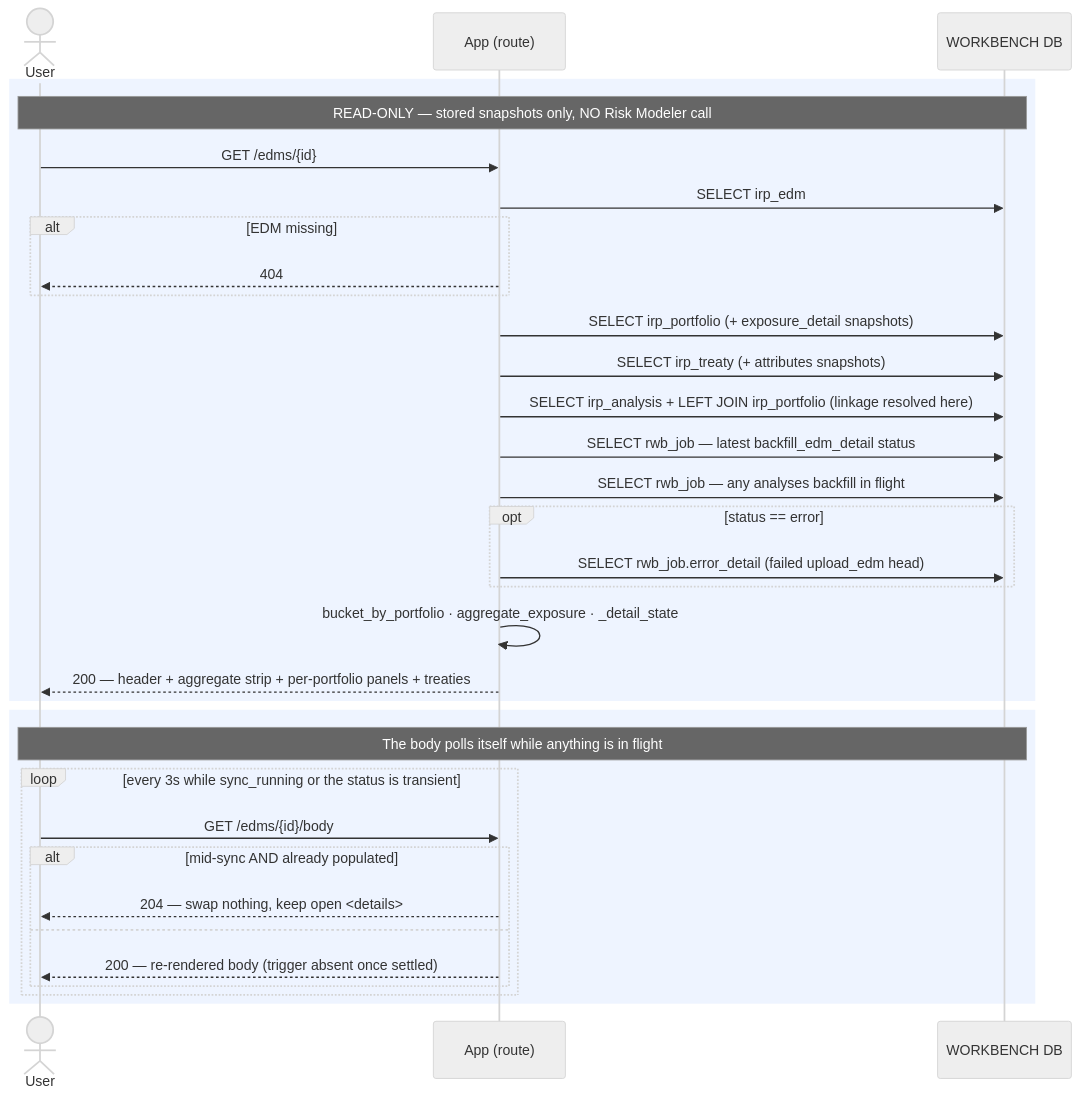
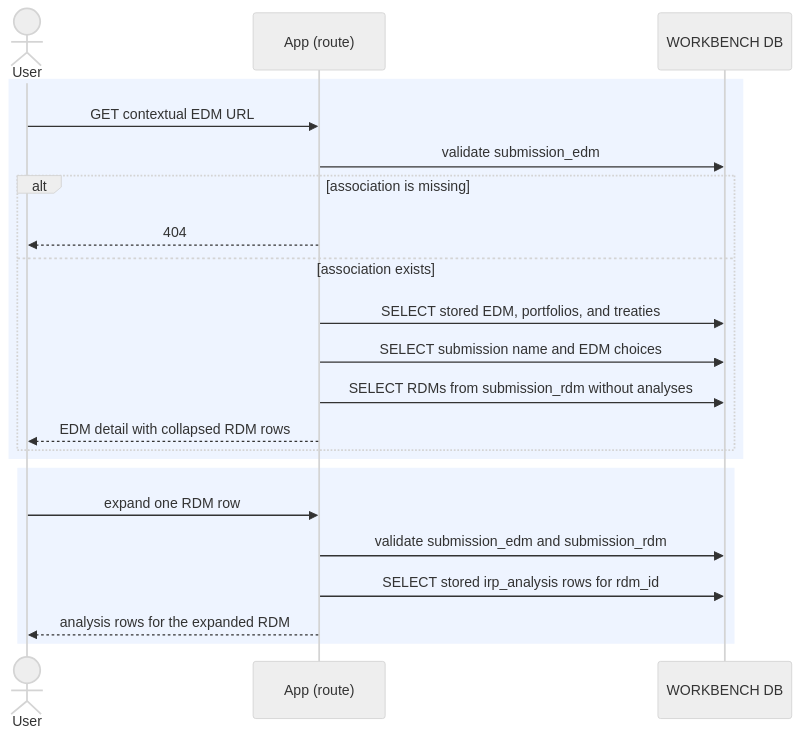
Before and after one commit to anilvenugopal/risk-workbench: the diagram in docs/sequence_diagrams/entities/view_edm_detail.md, drawn with Mermaid (neutral theme). The commit also changed other lines of this file and 22 other files, not shown here.

````diff
--- a/docs/sequence_diagrams/entities/view_edm_detail.md
+++ b/docs/sequence_diagrams/entities/view_edm_detail.md
@@ -68,37 +18,26 @@
 ```mermaid
 sequenceDiagram
     actor User
     participant App as App (route)
     participant DB as WORKBENCH DB
 
     rect rgb(238,244,255)
-        Note over User,DB: READ-ONLY — stored snapshots only, NO Risk Modeler call
-        User->>App: GET /edms/{id}
-        App->>DB: SELECT irp_edm
-        alt EDM missing
+        User->>App: GET contextual EDM URL
+        App->>DB: validate submission_edm
+        alt association is missing
             App-->>User: 404
+        else association exists
+            App->>DB: SELECT stored EDM, portfolios, and treaties
+            App->>DB: SELECT submission name and EDM choices
+            App->>DB: SELECT RDMs from submission_rdm without analyses
+            App-->>User: EDM detail with collapsed RDM rows
         end
-        App->>DB: SELECT irp_portfolio (+ exposure_detail snapshots)
-        App->>DB: SELECT irp_treaty (+ attributes snapshots)
-        App->>DB: SELECT irp_analysis + LEFT JOIN irp_portfolio (linkage resolved here)
-        App->>DB: SELECT rwb_job — latest backfill_edm_detail status
-        App->>DB: SELECT rwb_job — any analyses backfill in flight
-        opt status == error
-            App->>DB: SELECT rwb_job.error_detail (failed upload_edm head)
-        end
-        App->>App: bucket_by_portfolio · aggregate_exposure · _detail_state
-        App-->>User: 200 — header + aggregate strip + per-portfolio panels + treaties
     end
 
     rect rgb(238,244,255)
-        Note over User,DB: The body polls itself while anything is in flight
-        loop every 3s while sync_running or the status is transient
-            User->>App: GET /edms/{id}/body
-            alt mid-sync AND already populated
-                App-->>User: 204 — swap nothing, keep open <details>
-            else
-                App-->>User: 200 — re-rendered body (trigger absent once settled)
-            end
-        end
+        User->>App: expand one RDM row
+        App->>DB: validate submission_edm and submission_rdm
+        App->>DB: SELECT stored irp_analysis rows for rdm_id
+        App-->>User: analysis rows for the expanded RDM
     end
 ```
````
